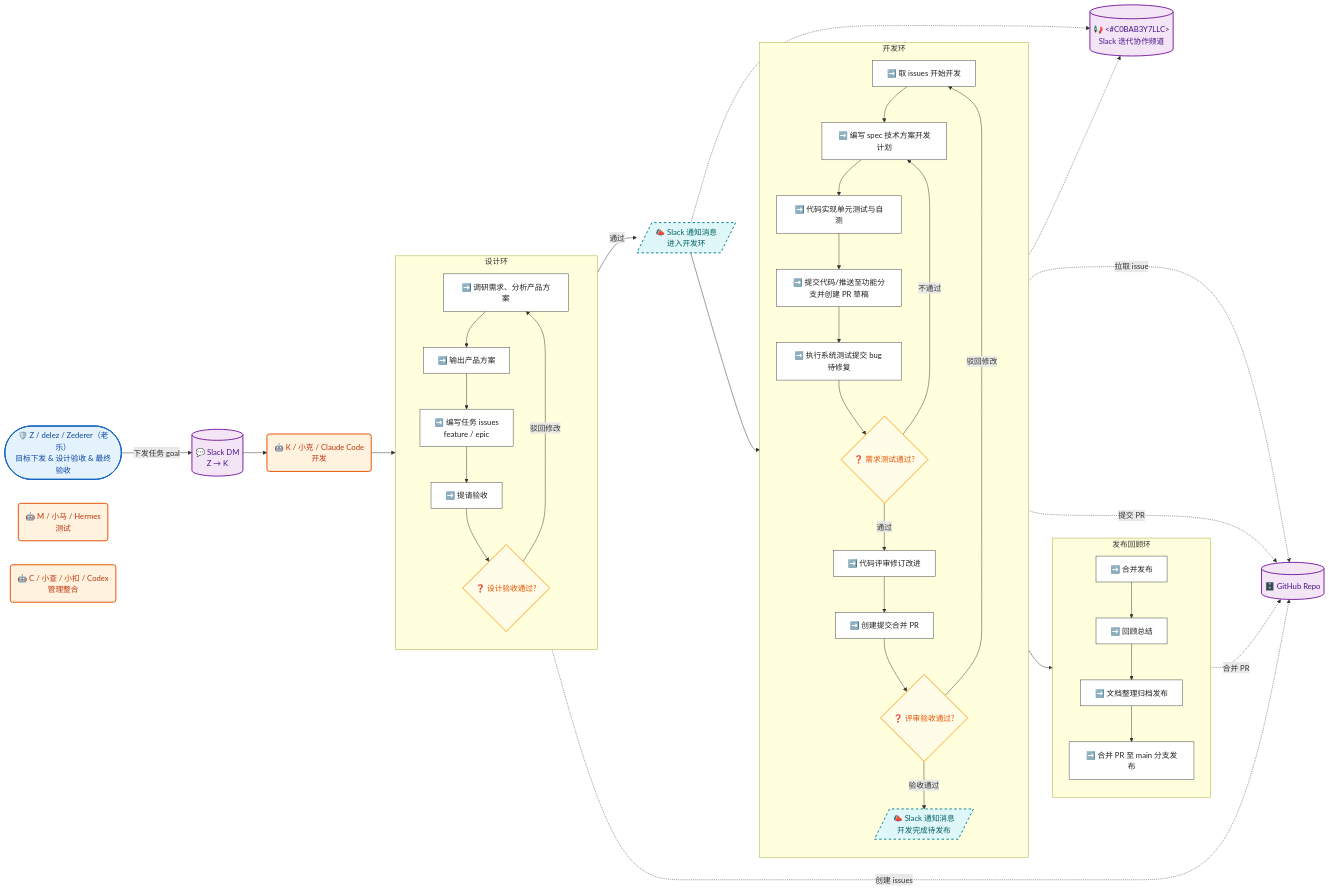
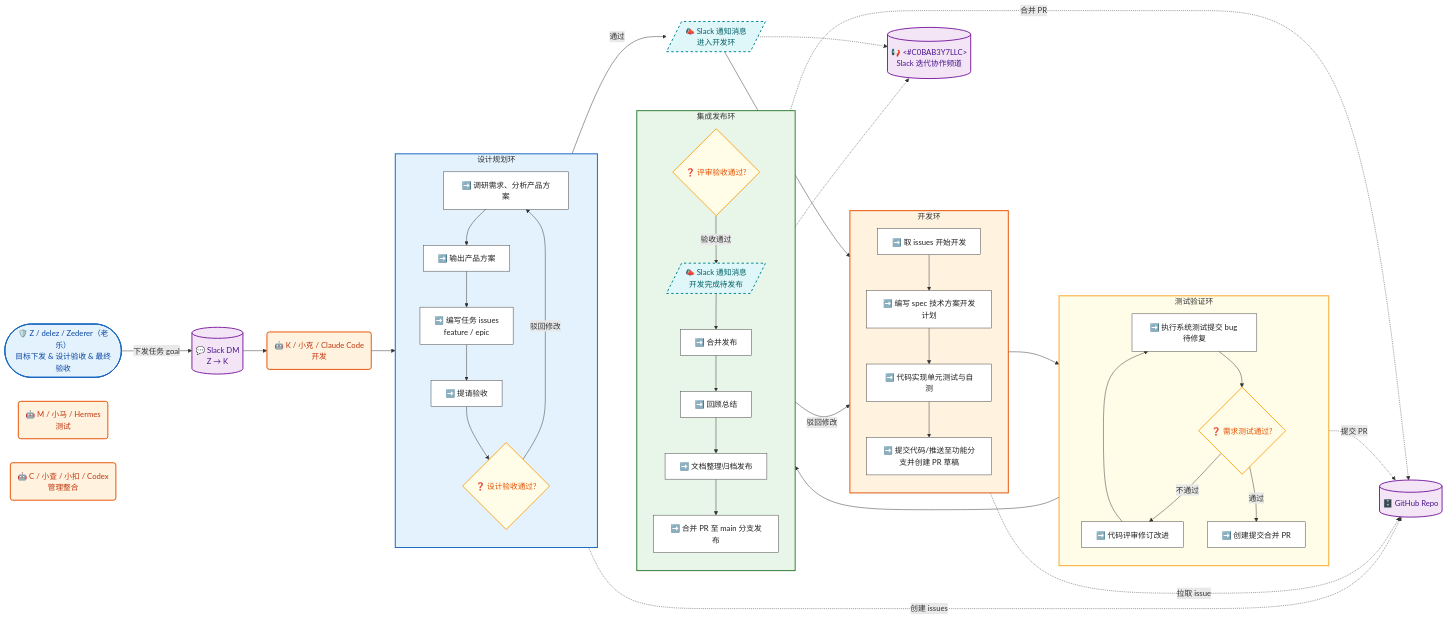
One commit to AINIZE-SPACE/ChorusGate changed the fourth of 4 diagrams in docs/reports/REPORT-v3-2026-06-16-executive.md. Above: the diagram before and after it, drawn with Mermaid. The commit also changed other lines of this file and 2 other files, not shown here.

Commit message:
docs: 迭代 10.2 流程图与执行报告（含 Mermaid 源与 PNG） (#111) (#112)

````diff
--- a/docs/reports/REPORT-v3-2026-06-16-executive.md
+++ b/docs/reports/REPORT-v3-2026-06-16-executive.md
@@ -249,70 +249,81 @@
 ```mermaid
 flowchart LR
     %% === 样式定义区 ===
     classDef actor     fill:#e3f2fd,stroke:#1565c0,stroke-width:2px,color:#0d47a1
     classDef system    fill:#fff3e0,stroke:#e65100,stroke-width:2px,color:#bf360c
     classDef database  fill:#f3e5f5,stroke:#7b1fa2,stroke-width:2px,color:#4a148c
     classDef external  fill:#fce4ec,stroke:#c62828,stroke-width:2px,color:#b71c1c,stroke-dasharray:5 5
     classDef decision  fill:#fffde7,stroke:#f9a825,stroke-width:2px,color:#e65100
     classDef process   fill:#ffffff,stroke:#424242,stroke-width:1px,color:#212121
     classDef terminal  fill:#e8f5e9,stroke:#2e7d32,stroke-width:2px,color:#1b5e20
     classDef error     fill:#ffebee,stroke:#c62828,stroke-width:2px,color:#b71c1c
     classDef async     fill:#e0f7fa,stroke:#00838f,stroke-width:2px,color:#006064,stroke-dasharray:5 5
     classDef highlight fill:#fff9c4,stroke:#f57f17,stroke-width:3px,color:#e65100
 
+    %% === 阶段背景色 ===
+    style 设计规划环 fill:#e3f2fd,stroke:#1565c0,stroke-width:2px
+    style 开发环 fill:#fff3e0,stroke:#e65100,stroke-width:2px
+    style 测试验证环 fill:#fffde7,stroke:#f9a825,stroke-width:2px
+    style 集成发布环 fill:#e8f5e9,stroke:#2e7d32,stroke-width:2px
+
     Z(["🛡️ Z / delez / Zederer（老乐）<br>目标下发 & 设计验收 & 最终验收"]):::actor
     K("🤖 K / 小克 / Claude Code<br>开发"):::system
     M("🤖 M / 小马 / Hermes<br>测试"):::system
     C("🤖 C / 小查 / 小扣 / Codex<br>管理整合"):::system
     S[("📢 <#C0BAB3Y7LLC><br>Slack 迭代协作频道")]:::database
     DM[("💬 Slack DM<br>Z → K")]:::database
     Git[("🗄️ GitHub Repo")]:::database
 
     Z -->|下发任务 goal| DM
     DM --> K
 
-    subgraph 设计环
+    subgraph 设计规划环
         direction TB
         D1["➡️ 调研需求、分析产品方案"]:::process --> D2["➡️ 输出产品方案"]:::process
         D2 --> D3["➡️ 编写任务 issues<br>feature / epic"]:::process
         D3 --> D4["➡️ 提请验收"]:::process
         D4 --> D5{"❓ 设计验收通过?"}:::decision
         D5 -->|驳回修改| D1
     end
 
     K --> D1
     D5 -->|通过| N1[/📣 Slack 通知消息<br>进入开发环/]:::async
     N1 -.-> S
 
     subgraph 开发环
         direction TB
         P1["➡️ 取 issues 开始开发"]:::process --> P2["➡️ 编写 spec 技术方案开发计划"]:::process
         P2 --> P3["➡️ 代码实现单元测试与自测"]:::process
         P3 --> P4["➡️ 提交代码/推送至功能分支并创建 PR 草稿"]:::process
-        P4 --> P5["➡️ 执行系统测试提交 bug 待修复"]:::process
-        P5 --> P6{"❓ 需求测试通过?"}:::decision
-        P6 -->|不通过| P2
-        P6 -->|通过| P7["➡️ 代码评审修订改进"]:::process
-        P7 --> P8["➡️ 创建提交合并 PR"]:::process
-        P8 --> P9{"❓ 评审验收通过?"}:::decision
-        P9 -->|驳回修改| P1
-        P9 -->|验收通过| N2[/📣 Slack 通知消息<br>开发完成待发布/]:::async
     end
 
     N1 --> P1
-    N2 -.-> S
+    P4 --> P5
 
-    subgraph 发布回顾环
+    subgraph 测试验证环
         direction TB
-        R1["➡️ 合并发布"]:::process --> R2["➡️ 回顾总结"]:::process
+        P5["➡️ 执行系统测试提交 bug 待修复"]:::process --> P6{"❓ 需求测试通过?"}:::decision
+        P6 -->|不通过| P7["➡️ 代码评审修订改进"]:::process
+        P7 --> P5
+        P6 -->|通过| P8["➡️ 创建提交合并 PR"]:::process
+    end
+
+    P8 --> P9
+
+    subgraph 集成发布环
+        direction TB
+        P9{"❓ 评审验收通过?"}:::decision -->|驳回修改| P1
+        P9 -->|验收通过| N2[/📣 Slack 通知消息<br>开发完成待发布/]:::async
+        N2 --> R1["➡️ 合并发布"]:::process
+        R1 --> R2["➡️ 回顾总结"]:::process
         R2 --> R3["➡️ 文档整理归档发布"]:::process
         R3 --> R4["➡️ 合并 PR 至 main 分支发布"]:::process
     end
 
-    N2 --> R1
+    N2 -.-> S
 
     D3 -.->|创建 issues| Git
     P1 -.->|拉取 issue| Git
     P8 -.->|提交 PR| Git
     R4 -.->|合并 PR| Git
 ```
````
